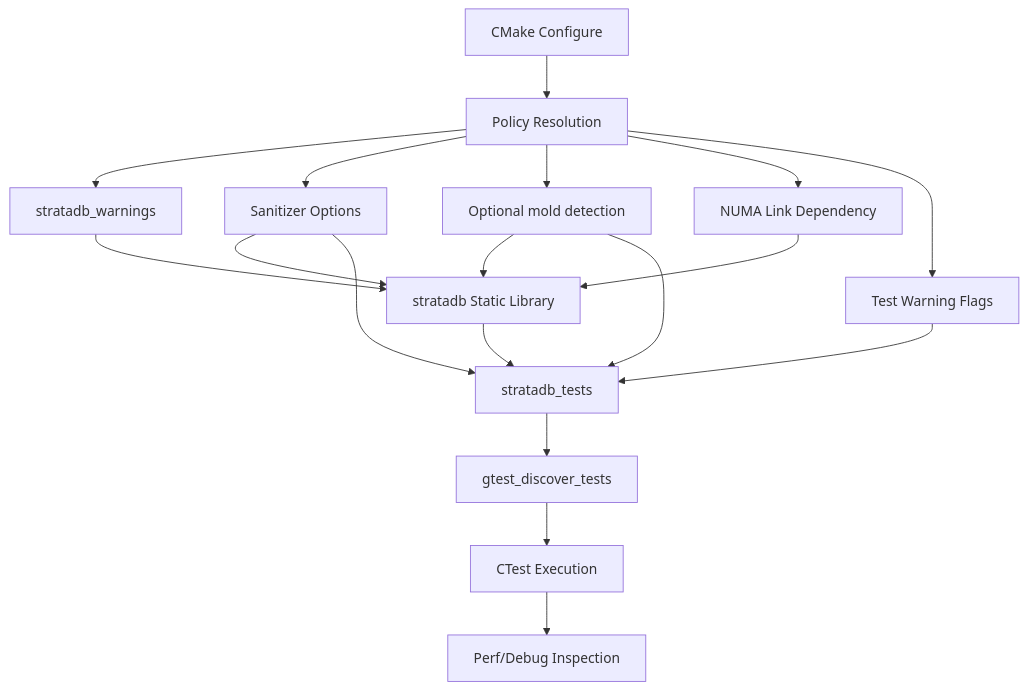
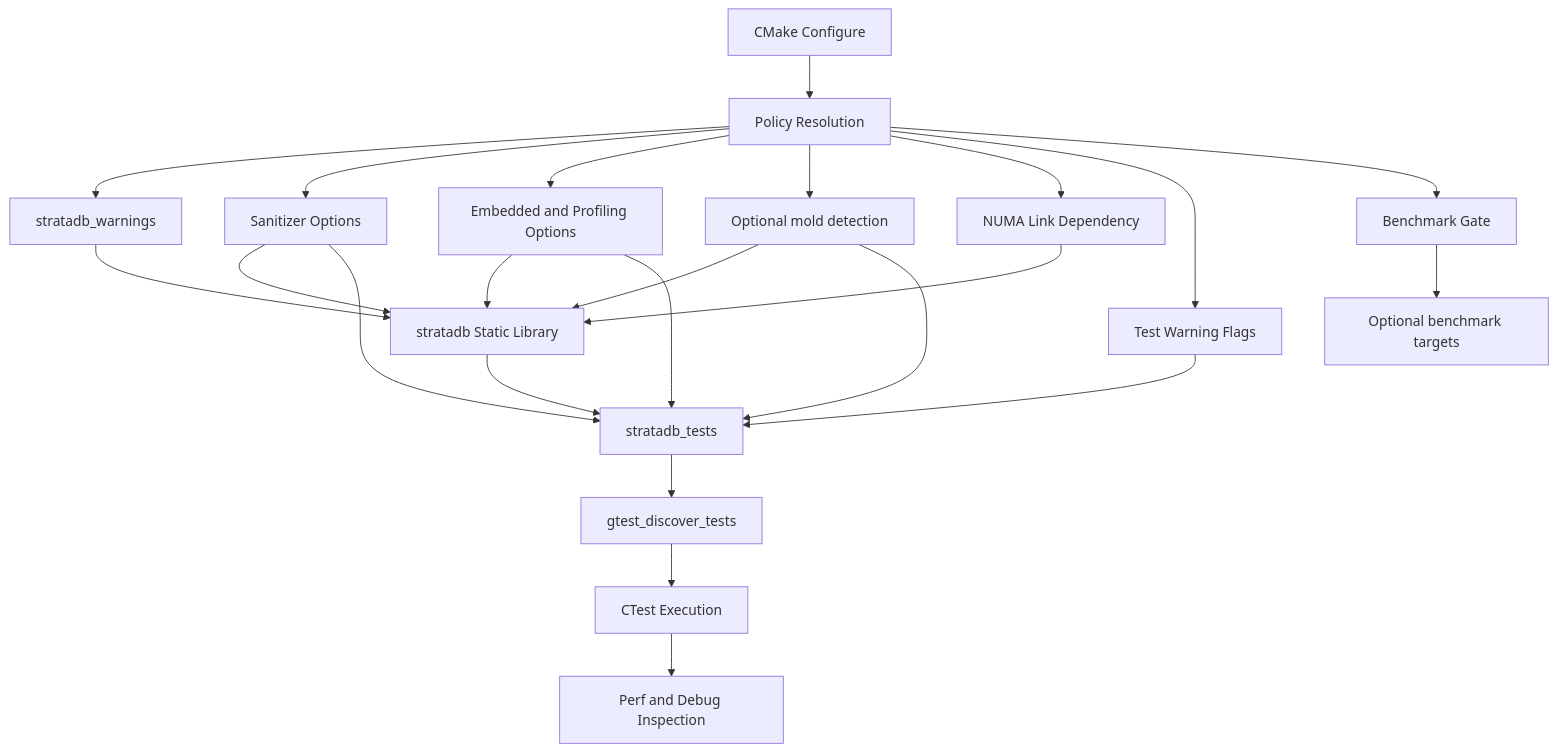
One commit to ankitkr-04/strata-db changed the diagram in docs/architecture/00-build-and-toolchain.md. Above: the diagram before and after it, drawn with Mermaid. The commit also changed other lines of this file and 8 other files, not shown here.

First line of the commit message:
Refactor architecture documentation and add WAL staging

````diff
--- a/docs/architecture/00-build-and-toolchain.md
+++ b/docs/architecture/00-build-and-toolchain.md
@@ -43,20 +48,25 @@
 ```mermaid
 graph TD
     A[CMake Configure] --> B[Policy Resolution]
     B --> C[stratadb_warnings]
     B --> D[Sanitizer Options]
+    B --> EP[Embedded and Profiling Options]
     B --> ML["Optional mold detection"]
     B --> N[NUMA Link Dependency]
     C --> E[stratadb Static Library]
     ML --> E
     N --> E
     D --> E
+    EP --> E
     B --> TW[Test Warning Flags]
     TW --> F[stratadb_tests]
     ML --> F
     D --> F
+    EP --> F
     E --> F
     F --> G[gtest_discover_tests]
     G --> H[CTest Execution]
-    H --> I[Perf/Debug Inspection]
+    B --> BG[Benchmark Gate]
+    BG --> BI[Optional benchmark targets]
+    H --> I[Perf and Debug Inspection]
 ```
````
